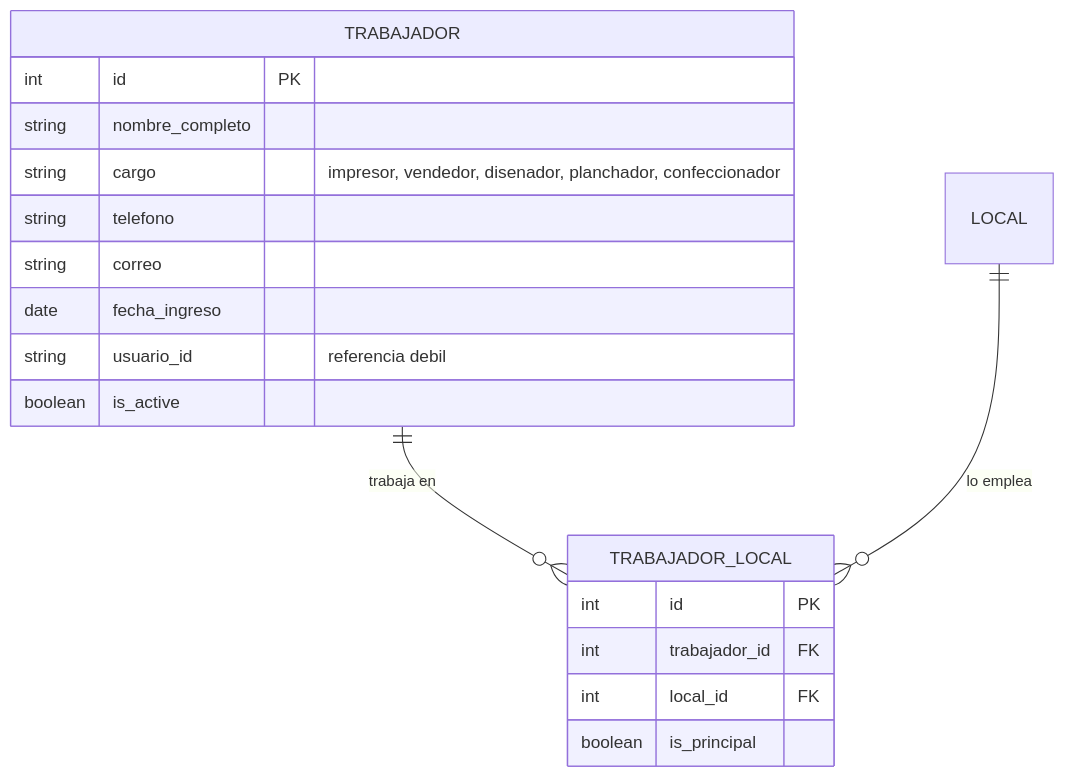
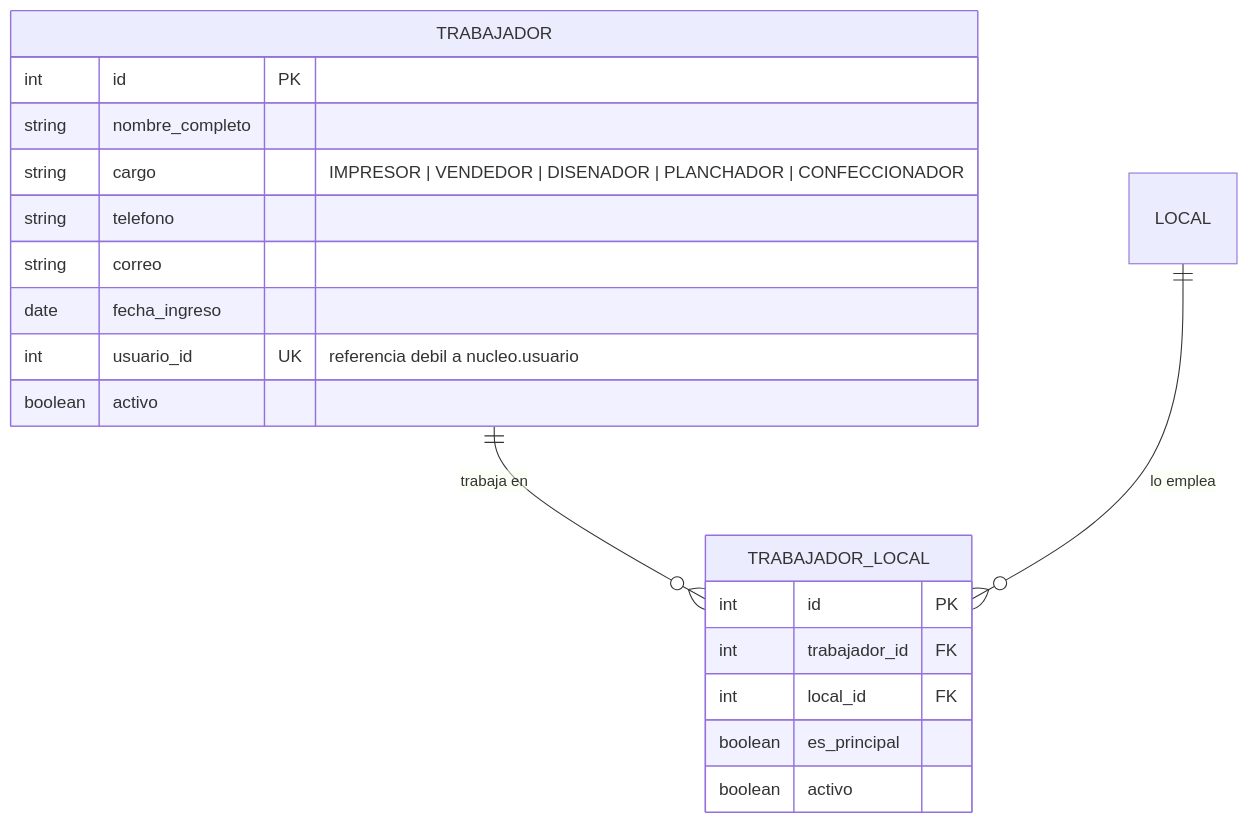
One commit to Enrrill/DLL-Sulimados---Core changed the diagram in docs/modelo-datos/06.9-rrhh.md. Above: the diagram before and after it, drawn with Mermaid. The commit also changed other lines of this file and 27 other files, not shown here.

````diff
--- a/docs/modelo-datos/06.9-rrhh.md
+++ b/docs/modelo-datos/06.9-rrhh.md
@@ -20,21 +21,22 @@
 ```mermaid
 erDiagram
     TRABAJADOR ||--o{ TRABAJADOR_LOCAL : "trabaja en"
     LOCAL ||--o{ TRABAJADOR_LOCAL : "lo emplea"
     TRABAJADOR {
         int id PK
         string nombre_completo
-        string cargo "impresor, vendedor, disenador, planchador, confeccionador"
+        string cargo "IMPRESOR | VENDEDOR | DISENADOR | PLANCHADOR | CONFECCIONADOR"
         string telefono
         string correo
         date fecha_ingreso
-        string usuario_id "referencia debil"
-        boolean is_active
+        int usuario_id UK "referencia debil a nucleo.usuario"
+        boolean activo
     }
     TRABAJADOR_LOCAL {
         int id PK
         int trabajador_id FK
         int local_id FK
-        boolean is_principal
+        boolean es_principal
+        boolean activo
     }
 ```
````
